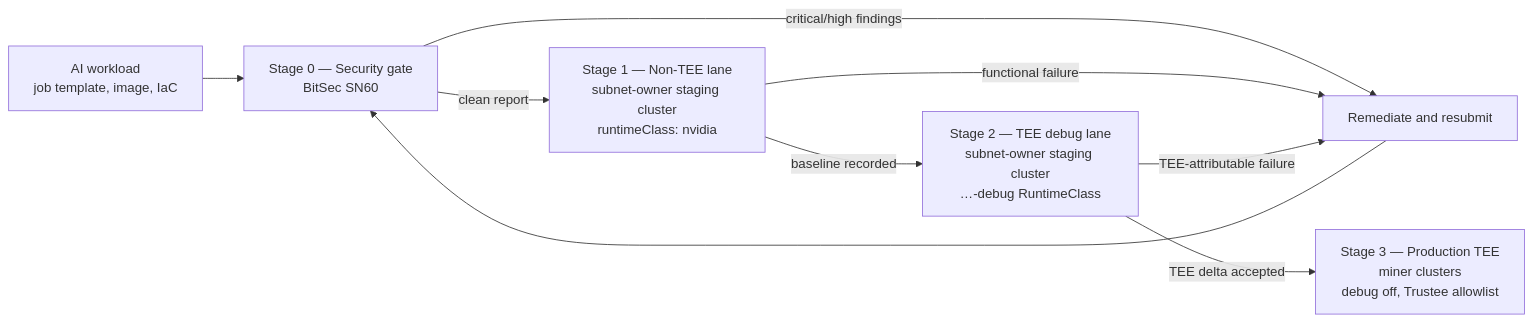
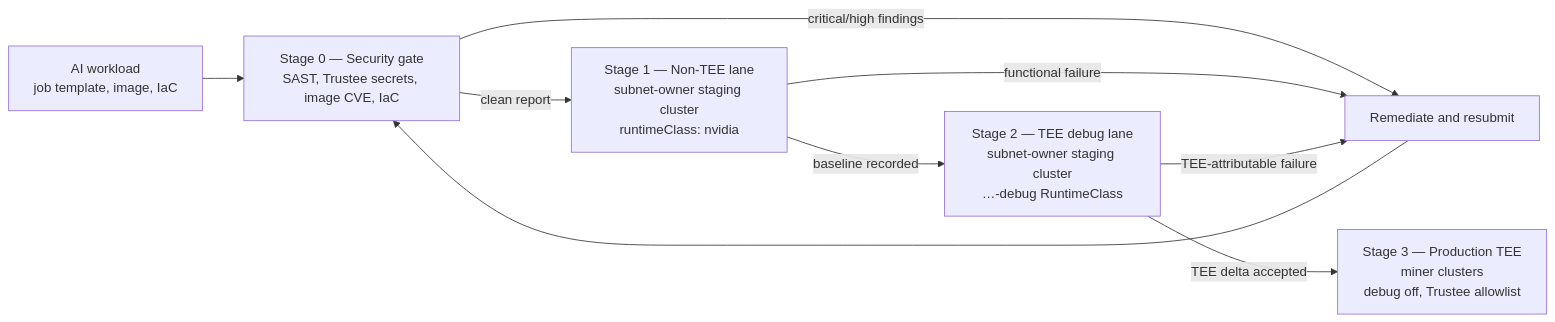
Before and after one commit to KubeTEE-AI/kubetee-subnet: the first of 3 diagrams in README.md, drawn with Mermaid. The commit also changed other lines of this file and 2 other files, not shown here.

First line of the commit message:
docs(subnet): replace BitSec SN60 Stage 0 with supply-chain CI

````diff
--- a/README.md
+++ b/README.md
@@ -191,18 +191,18 @@
 ```mermaid
 flowchart LR
     WL["AI workload<br/>job template, image, IaC"]
-    S0["Stage 0 — Security gate<br/>BitSec SN60"]
+    S0["Stage 0 — Security gate<br/>SAST, Trustee secrets, image CVE, IaC"]
     S1["Stage 1 — Non-TEE lane<br/>subnet-owner staging cluster<br/>runtimeClass: nvidia"]
     S2["Stage 2 — TEE debug lane<br/>subnet-owner staging cluster<br/>…-debug RuntimeClass"]
     S3["Stage 3 — Production TEE<br/>miner clusters<br/>debug off, Trustee allowlist"]
     Fix["Remediate and resubmit"]
 
     WL --> S0
     S0 -->|"critical/high findings"| Fix
     S1 -->|"functional failure"| Fix
     S2 -->|"TEE-attributable failure"| Fix
     Fix --> S0
     S0 -->|"clean report"| S1
     S1 -->|"baseline recorded"| S2
     S2 -->|"TEE delta accepted"| S3
 ```
````
